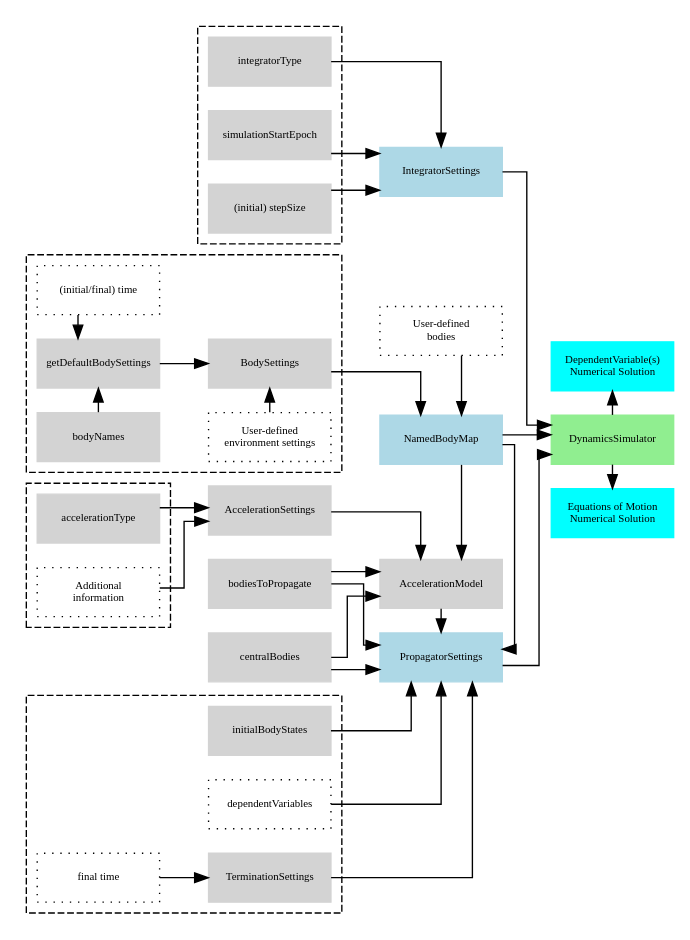
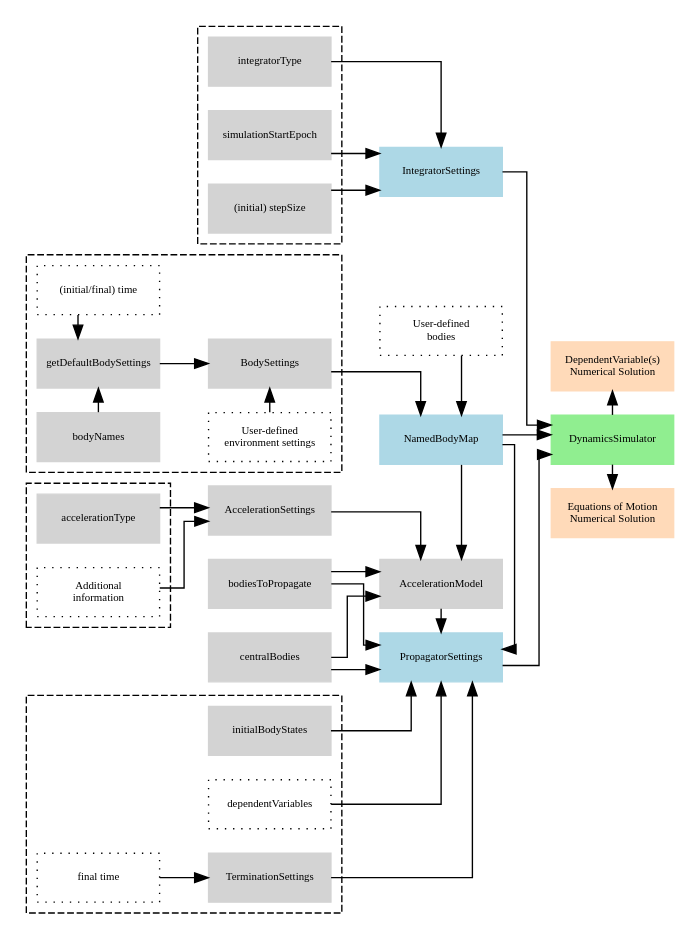
Before and after one commit to Tudat/tudat: the first of 2 diagrams in tutorials/tudatFeatures/index.rst, drawn with Graphviz. The commit also changed other lines of this file and 3 other files, not shown here.

```diff
--- a/tutorials/tudatFeatures/index.rst
+++ b/tutorials/tudatFeatures/index.rst
@@ -22,7 +22,7 @@
       # specific node color settings
       DynamicsSimulator [color = lightgreen];
       IntegratorSettings, NamedBodyMap, PropagatorSettings [color = lightblue];
-      "DependentVariable(s)\nNumerical Solution", "Equations of Motion\nNumerical Solution" [color = cyan]; 
+      "DependentVariable(s)\nNumerical Solution", "Equations of Motion\nNumerical Solution" [color = peachpuff]; 
 
 
       # Hyperlinks (Sphinx auto referencing not working here, need to link to exact web adres)
```
